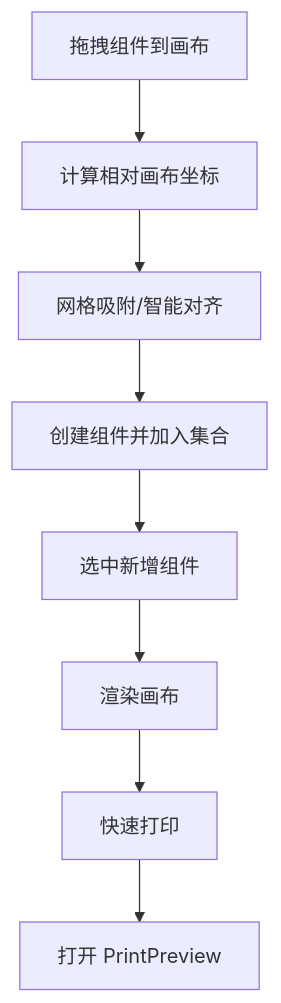
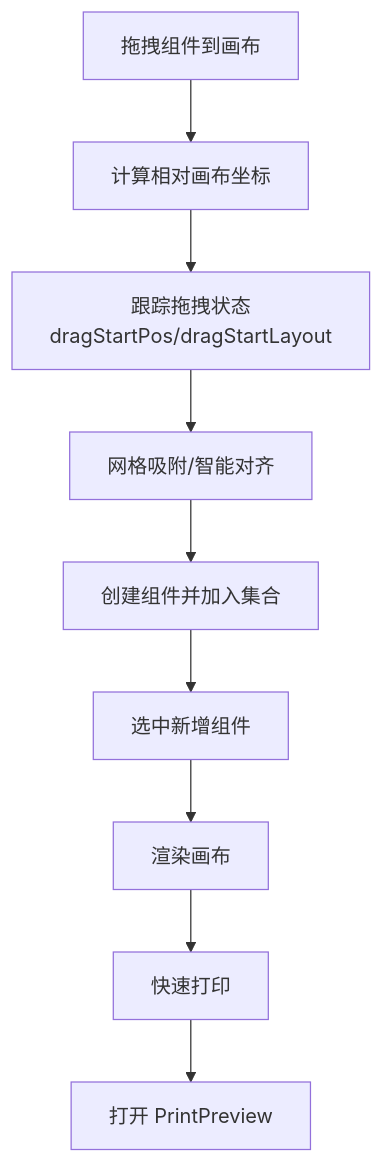
Diagram 11 of 14 in .qoder/repowiki/zh/content/设计器前端应用/架构设计.md (joker-yjc/printer), drawn with Mermaid before and after one commit. The commit also changed other lines of this file and 16 other files, not shown here.

````diff
--- a/.qoder/repowiki/zh/content/设计器前端应用/架构设计.md
+++ b/.qoder/repowiki/zh/content/设计器前端应用/架构设计.md
@@ -483,10 +607,11 @@
 ```mermaid
 flowchart TD
 Drag["拖拽组件到画布"] --> Calc["计算相对画布坐标"]
-Calc --> Snap["网格吸附/智能对齐"]
+Calc --> Track["跟踪拖拽状态<br/>dragStartPos/dragStartLayout"]
+Track --> Snap["网格吸附/智能对齐"]
 Snap --> Add["创建组件并加入集合"]
 Add --> Select["选中新增组件"]
 Select --> Render["渲染画布"]
 Render --> QuickPrint["快速打印"]
 QuickPrint --> Preview["打开 PrintPreview"]
 ```
````
